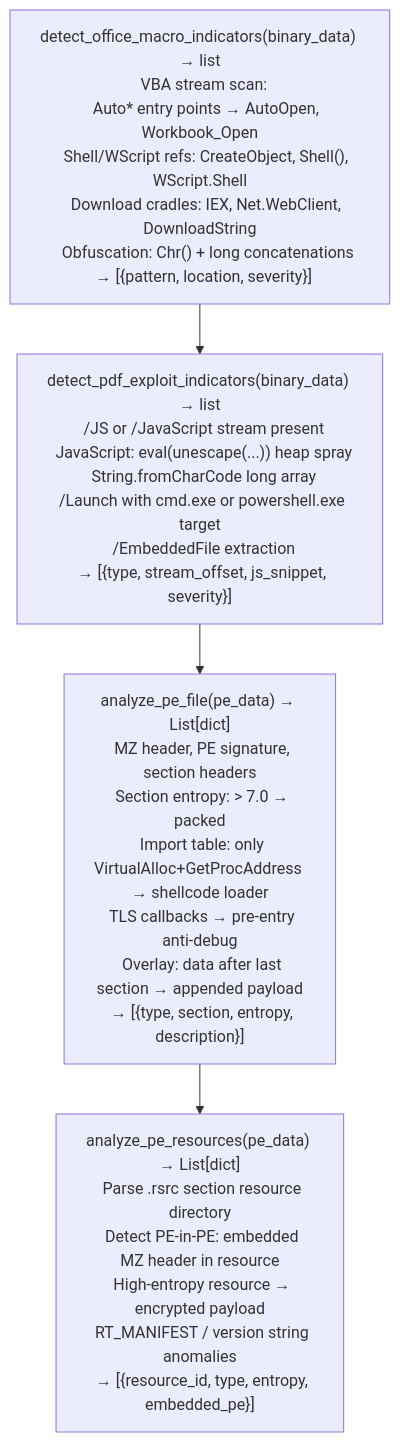
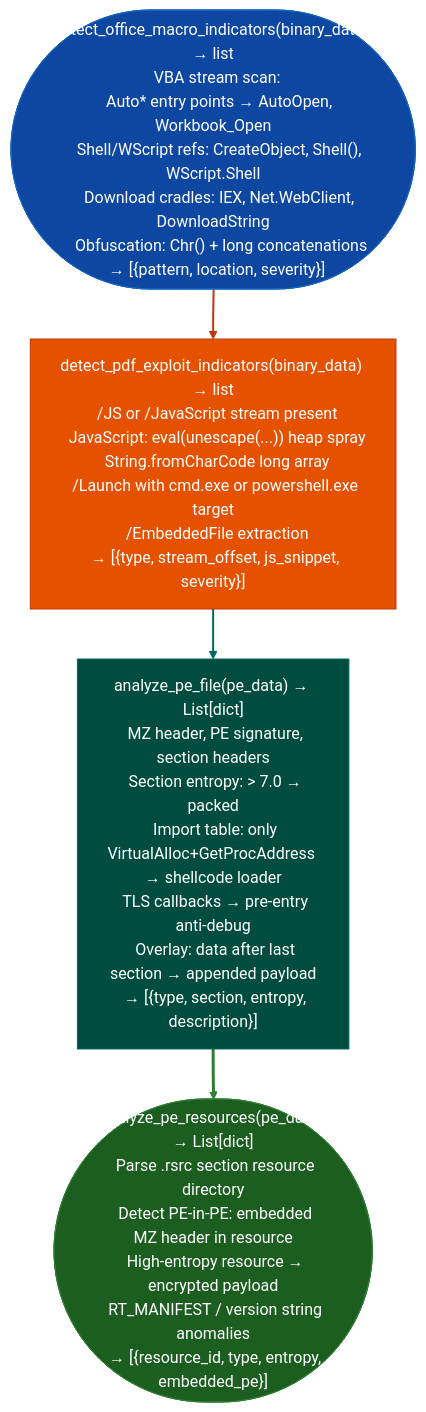
The diagram in docs/reference-modules/office-pdf-triage.md (Ablation-Tool/ablation), drawn with Mermaid before and after one commit. The commit also changed 320 other files, not shown here.

First line of the commit message:
docs: apply canonical Mermaid template to all 321 diagrams

````diff
--- a/docs/reference-modules/office-pdf-triage.md
+++ b/docs/reference-modules/office-pdf-triage.md
@@ -19,6 +19,15 @@
 ```mermaid
 flowchart TD
-    A["detect_office_macro_indicators(binary_data) → list\n  VBA stream scan:\n    Auto* entry points → AutoOpen, Workbook_Open\n    Shell/WScript refs: CreateObject, Shell(), WScript.Shell\n    Download cradles: IEX, Net.WebClient, DownloadString\n    Obfuscation: Chr() + long concatenations\n  → [{pattern, location, severity}]"] --> B["detect_pdf_exploit_indicators(binary_data) → list\n  /JS or /JavaScript stream present\n  JavaScript: eval(unescape(...)) heap spray\n  String.fromCharCode long array\n  /Launch with cmd.exe or powershell.exe target\n  /EmbeddedFile extraction\n  → [{type, stream_offset, js_snippet, severity}]"]
-    B --> C["analyze_pe_file(pe_data) → List[dict]\n  MZ header, PE signature, section headers\n  Section entropy: > 7.0 → packed\n  Import table: only VirtualAlloc+GetProcAddress → shellcode loader\n  TLS callbacks → pre-entry anti-debug\n  Overlay: data after last section → appended payload\n  → [{type, section, entropy, description}]"]
-    C --> D["analyze_pe_resources(pe_data) → List[dict]\n  Parse .rsrc section resource directory\n  Detect PE-in-PE: embedded MZ header in resource\n  High-entropy resource → encrypted payload\n  RT_MANIFEST / version string anomalies\n  → [{resource_id, type, entropy, embedded_pe}]"]
+    A(["detect_office_macro_indicators(binary_data) → list\n  VBA stream scan:\n    Auto* entry points → AutoOpen, Workbook_Open\n    Shell/WScript refs: CreateObject, Shell(), WScript.Shell\n    Download cradles: IEX, Net.WebClient, DownloadString\n    Obfuscation: Chr() + long concatenations\n  → [{pattern, location, severity}]"]):::input --> B["detect_pdf_exploit_indicators(binary_data) → list\n  /JS or /JavaScript stream present\n  JavaScript: eval(unescape(...)) heap spray\n  String.fromCharCode long array\n  /Launch with cmd.exe or powershell.exe target\n  /EmbeddedFile extraction\n  → [{type, stream_offset, js_snippet, severity}]"]:::primary
+    B:::primary --> C["analyze_pe_file(pe_data) → List[dict]\n  MZ header, PE signature, section headers\n  Section entropy: > 7.0 → packed\n  Import table: only VirtualAlloc+GetProcAddress → shellcode loader\n  TLS callbacks → pre-entry anti-debug\n  Overlay: data after last section → appended payload\n  → [{type, section, entropy, description}]"]:::secondary
+    C:::secondary --> D(["analyze_pe_resources(pe_data) → List[dict]\n  Parse .rsrc section resource directory\n  Detect PE-in-PE: embedded MZ header in resource\n  High-entropy resource → encrypted payload\n  RT_MANIFEST / version string anomalies\n  → [{resource_id, type, entropy, embedded_pe}]"]):::output
+    classDef input     fill:#0d47a1,stroke:#1565c0,color:#fff
+    classDef primary   fill:#e65100,stroke:#bf360c,color:#fff
+    classDef secondary fill:#004d40,stroke:#00695c,color:#fff
+    classDef tertiary  fill:#4a148c,stroke:#6a1b9a,color:#fff
+    classDef neutral   fill:#37474f,stroke:#546e7a,color:#fff
+    classDef output    fill:#1b5e20,stroke:#2e7d32,color:#fff
+    linkStyle 0 stroke:#bf360c,stroke-width:2px
+    linkStyle 1 stroke:#00695c,stroke-width:2px
+    linkStyle 2 stroke:#2e7d32,stroke-width:3px
 ```
````
